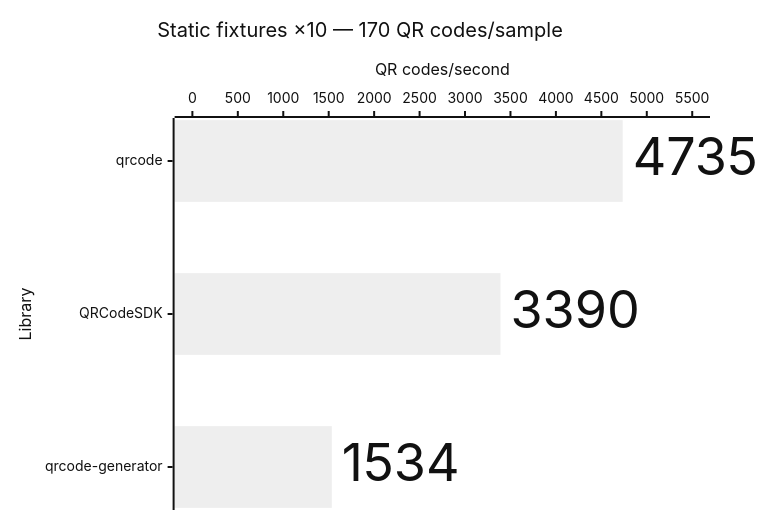
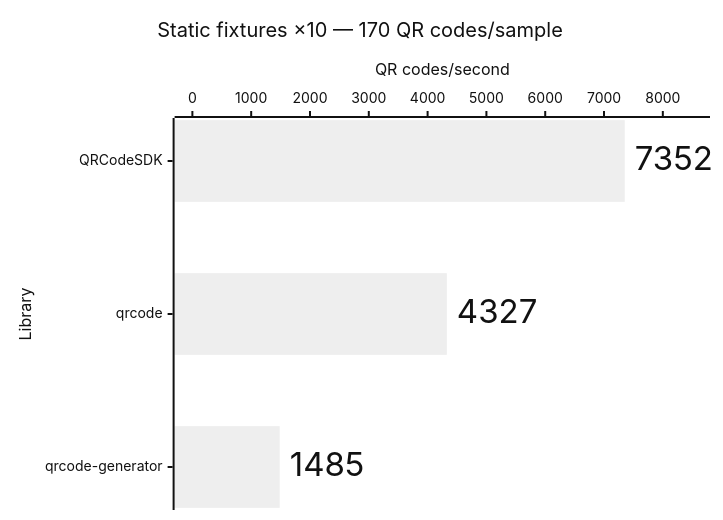
One commit to Dafnik/qrcodesdk changed the ninth of 14 diagrams in apps/docs/src/content/docs/learn/performance.md. Above: the diagram before and after it, drawn with Mermaid (neutral theme). The commit also changed other lines of this file and 2 other files, not shown here.

````diff
--- a/apps/docs/src/content/docs/learn/performance.md
+++ b/apps/docs/src/content/docs/learn/performance.md
@@ -198,15 +198,15 @@
 ```mermaid
 ---
 config:
   xyChart:
     showDataLabel: true
     showDataLabelOutsideBar: true
 ---
 xychart horizontal
   accTitle: SVG generation: Static fixtures ×10 — 170 QR codes/sample
-  accDescr: Throughput calculated from median time. qrcode 4,735 QR codes per second, QRCodeSDK 3,390 QR codes per second, qrcode-generator 1,534 QR codes per second. Higher is better.
+  accDescr: Throughput calculated from median time. QRCodeSDK 7,352 QR codes per second, qrcode 4,327 QR codes per second, qrcode-generator 1,485 QR codes per second. Higher is better.
   title "Static fixtures ×10 — 170 QR codes/sample"
-  x-axis "Library" ["qrcode", "QRCodeSDK", "qrcode-generator"]
-  y-axis "QR codes/second" 0 --> 5500
-  bar [4735, 3390, 1534]
+  x-axis "Library" ["QRCodeSDK", "qrcode", "qrcode-generator"]
+  y-axis "QR codes/second" 0 --> 8500
+  bar [7352, 4327, 1485]
 ```
````
